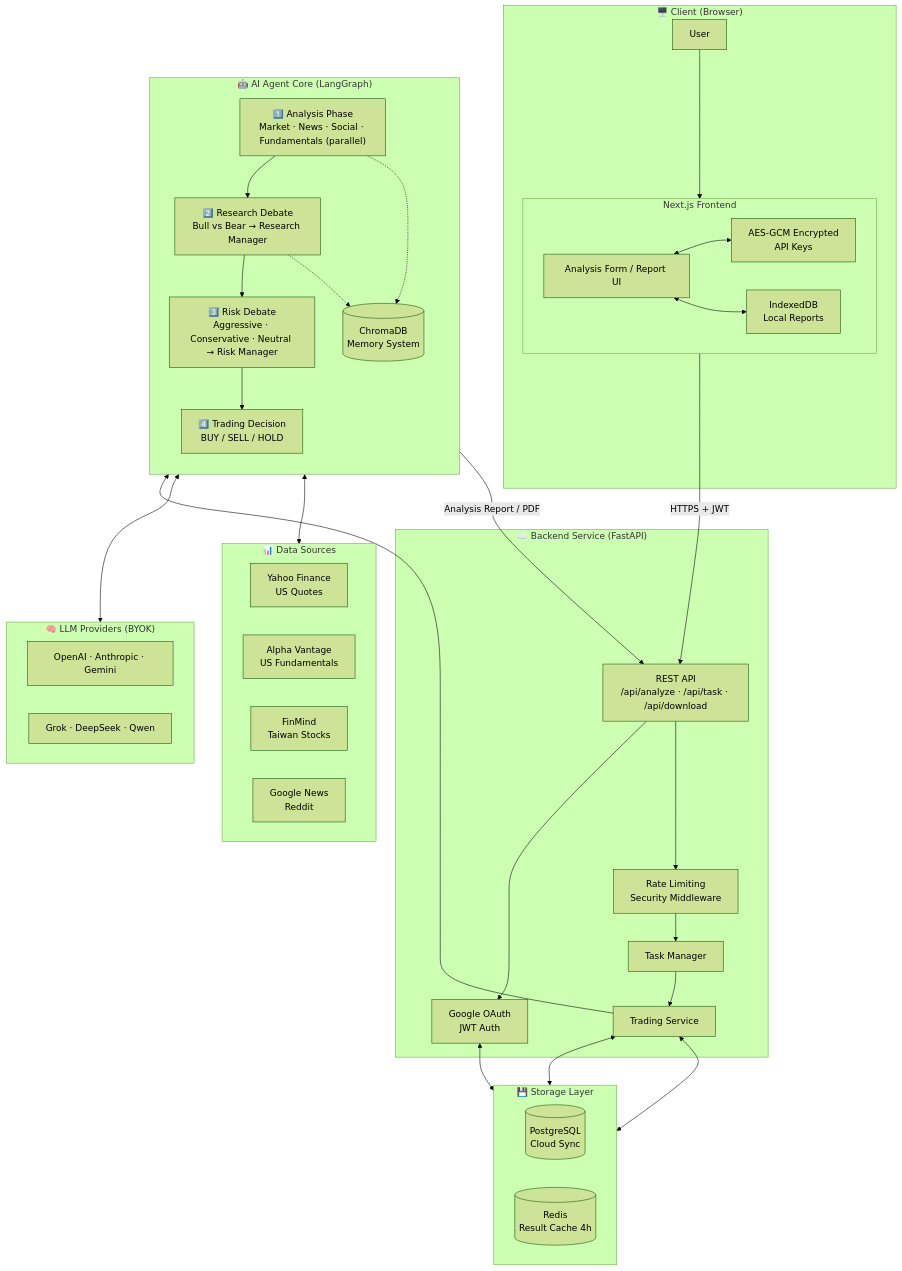
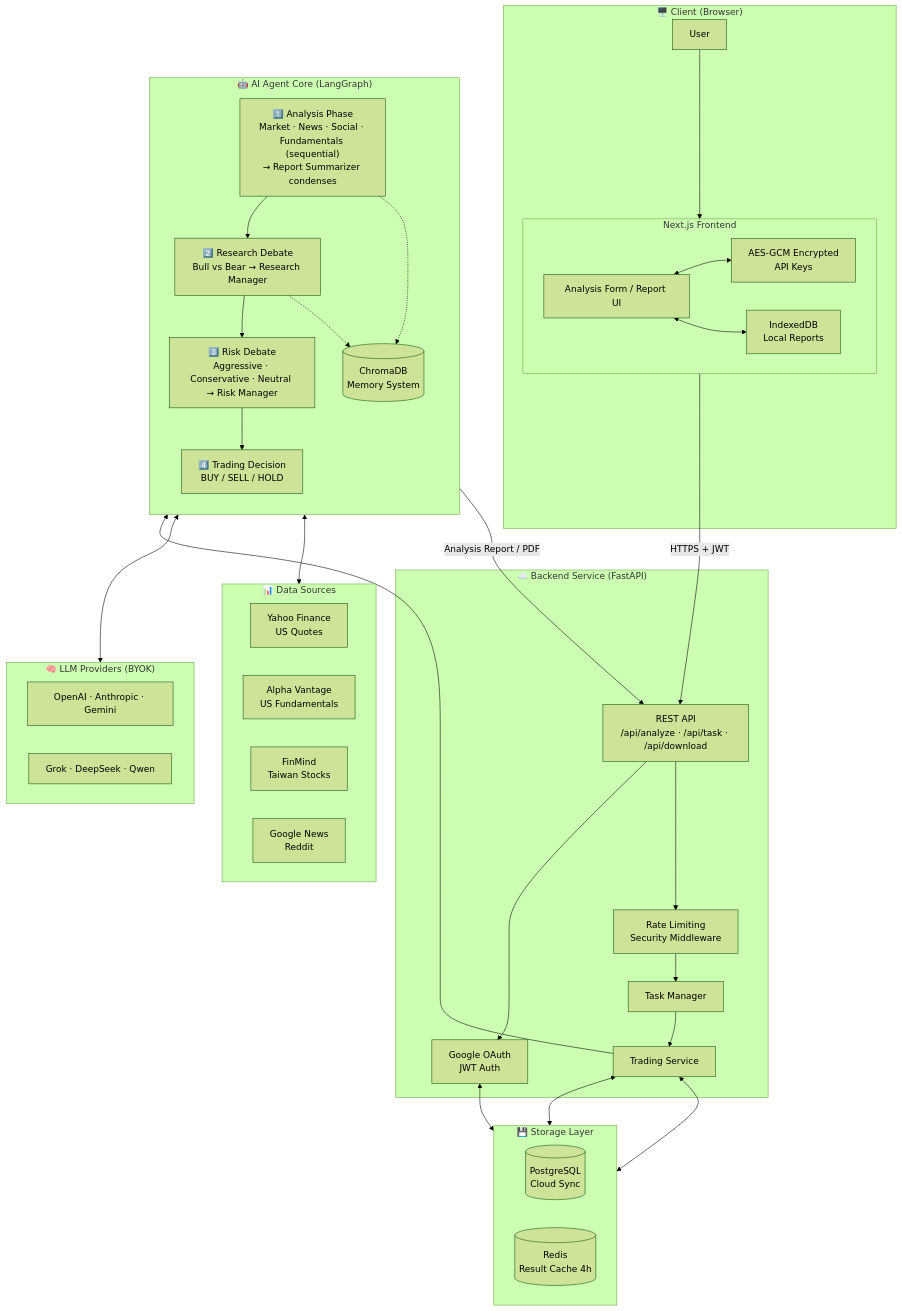
One commit to Yao920127/TradingAgentsX changed the diagram in README_EN.md. Above: the diagram before and after it, drawn with Mermaid (forest theme). The commit also changed other lines of this file and 15 other files, not shown here.

````diff
--- a/README_EN.md
+++ b/README_EN.md
@@ -50,66 +50,66 @@
 ```mermaid
 flowchart TB
     subgraph Client["🖥️ Client (Browser)"]
         U["User"]
         subgraph FE["Next.js Frontend"]
             direction LR
             UI["Analysis Form / Report UI"]
             CRYPTO["AES-GCM Encrypted<br/>API Keys"]
             IDB["IndexedDB<br/>Local Reports"]
         end
     end
 
     subgraph Server["☁️ Backend Service (FastAPI)"]
         API["REST API<br/>/api/analyze · /api/task · /api/download"]
         RL["Rate Limiting<br/>Security Middleware"]
         TM["Task Manager"]
         TS["Trading Service"]
         AUTH["Google OAuth<br/>JWT Auth"]
     end
 
     subgraph Core["🤖 AI Agent Core (LangGraph)"]
         direction TB
-        P1["1️⃣ Analysis Phase<br/>Market · News · Social · Fundamentals (parallel)"]
+        P1["1️⃣ Analysis Phase<br/>Market · News · Social · Fundamentals (sequential)<br/>→ Report Summarizer condenses"]
         P2["2️⃣ Research Debate<br/>Bull vs Bear → Research Manager"]
         P3["3️⃣ Risk Debate<br/>Aggressive · Conservative · Neutral → Risk Manager"]
         P4["4️⃣ Trading Decision<br/>BUY / SELL / HOLD"]
         P1 --> P2 --> P3 --> P4
         MEM[("ChromaDB<br/>Memory System")]
     end
 
     subgraph Data["📊 Data Sources"]
         direction LR
         YF["Yahoo Finance<br/>US Quotes"]
         AV["Alpha Vantage<br/>US Fundamentals"]
         FM["FinMind<br/>Taiwan Stocks"]
         NEWS["Google News<br/>Reddit"]
     end
 
     subgraph LLM["🧠 LLM Providers (BYOK)"]
         direction LR
         L1["OpenAI · Anthropic · Gemini"]
         L2["Grok · DeepSeek · Qwen"]
     end
 
     subgraph Store["💾 Storage Layer"]
         direction LR
         PG[("PostgreSQL<br/>Cloud Sync")]
         RD[("Redis<br/>Result Cache 4h")]
     end
 
     U --> UI
     UI <--> CRYPTO
     UI <--> IDB
     UI -->|HTTPS + JWT| API
     API --> RL --> TM --> TS
     API --> AUTH
     TS --> P1
     P4 -->|Analysis Report / PDF| API
     Core <--> Data
     Core <--> LLM
     P1 -.-> MEM
     P2 -.-> MEM
     TS <--> RD
     AUTH <--> PG
     TS <--> PG
 ```
````
